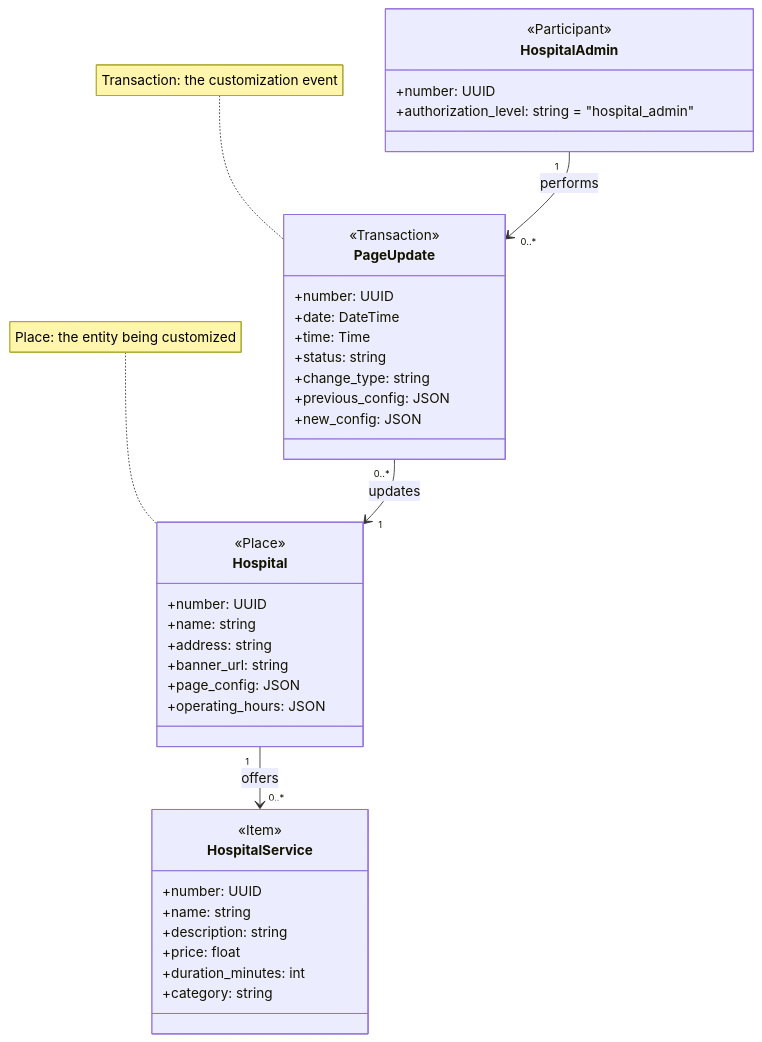
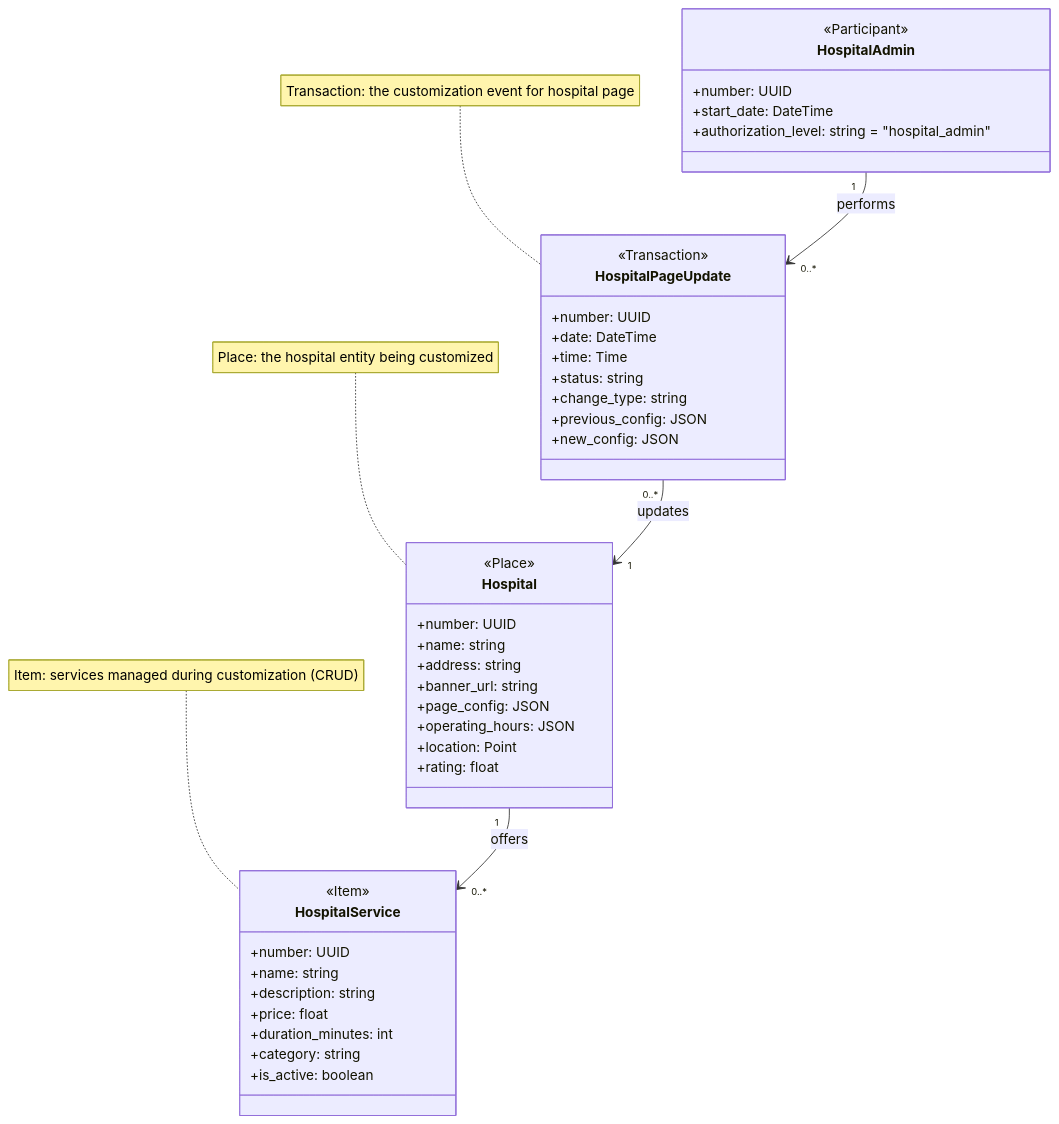
The eighth of 13 diagrams in docs/design/03-transactional-diagrams.md (hixam001/purrfect-care), drawn with Mermaid before and after one commit. The commit also changed other lines of this file and 1 other file, not shown here.

Commit message:
Added code for store dashboard customization

````diff
--- a/docs/design/03-transactional-diagrams.md
+++ b/docs/design/03-transactional-diagrams.md
@@ -566,46 +566,51 @@
 ```mermaid
 classDiagram
     class HospitalAdmin {
         <<Participant>>
         +number: UUID
+        +start_date: DateTime
         +authorization_level: string = "hospital_admin"
     }
 
-    class PageUpdate {
+    class HospitalPageUpdate {
         <<Transaction>>
         +number: UUID
         +date: DateTime
         +time: Time
         +status: string
         +change_type: string
         +previous_config: JSON
         +new_config: JSON
     }
 
     class Hospital {
         <<Place>>
         +number: UUID
         +name: string
         +address: string
         +banner_url: string
         +page_config: JSON
         +operating_hours: JSON
+        +location: Point
+        +rating: float
     }
 
     class HospitalService {
         <<Item>>
         +number: UUID
         +name: string
         +description: string
         +price: float
         +duration_minutes: int
         +category: string
+        +is_active: boolean
     }
 
-    HospitalAdmin "1" --> "0..*" PageUpdate : performs
-    PageUpdate "0..*" --> "1" Hospital : updates
+    HospitalAdmin "1" --> "0..*" HospitalPageUpdate : performs
+    HospitalPageUpdate "0..*" --> "1" Hospital : updates
     Hospital "1" --> "0..*" HospitalService : offers
 
-    note for PageUpdate "Transaction: the customization event"
-    note for Hospital "Place: the entity being customized"
+    note for HospitalPageUpdate "Transaction: the customization event for hospital page"
+    note for Hospital "Place: the hospital entity being customized"
+    note for HospitalService "Item: services managed during customization (CRUD)"
 ```
````
